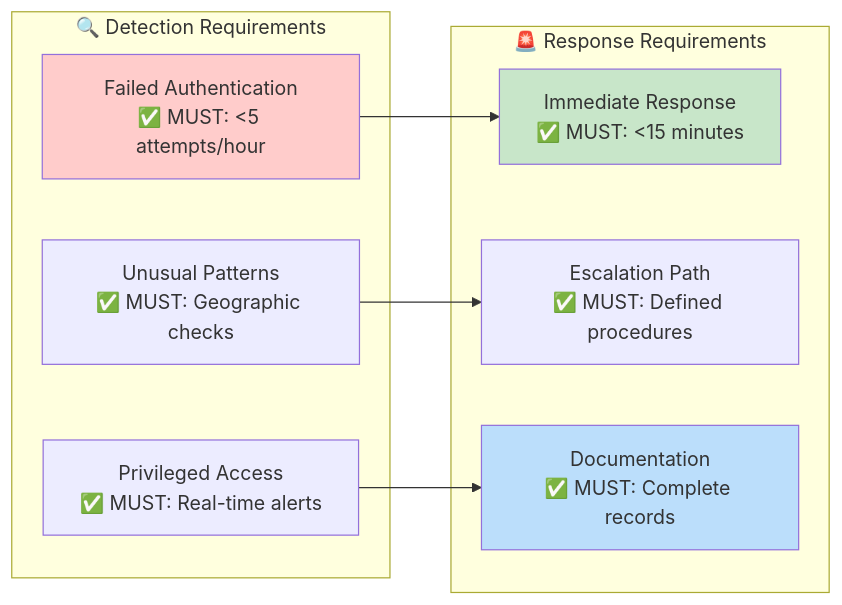
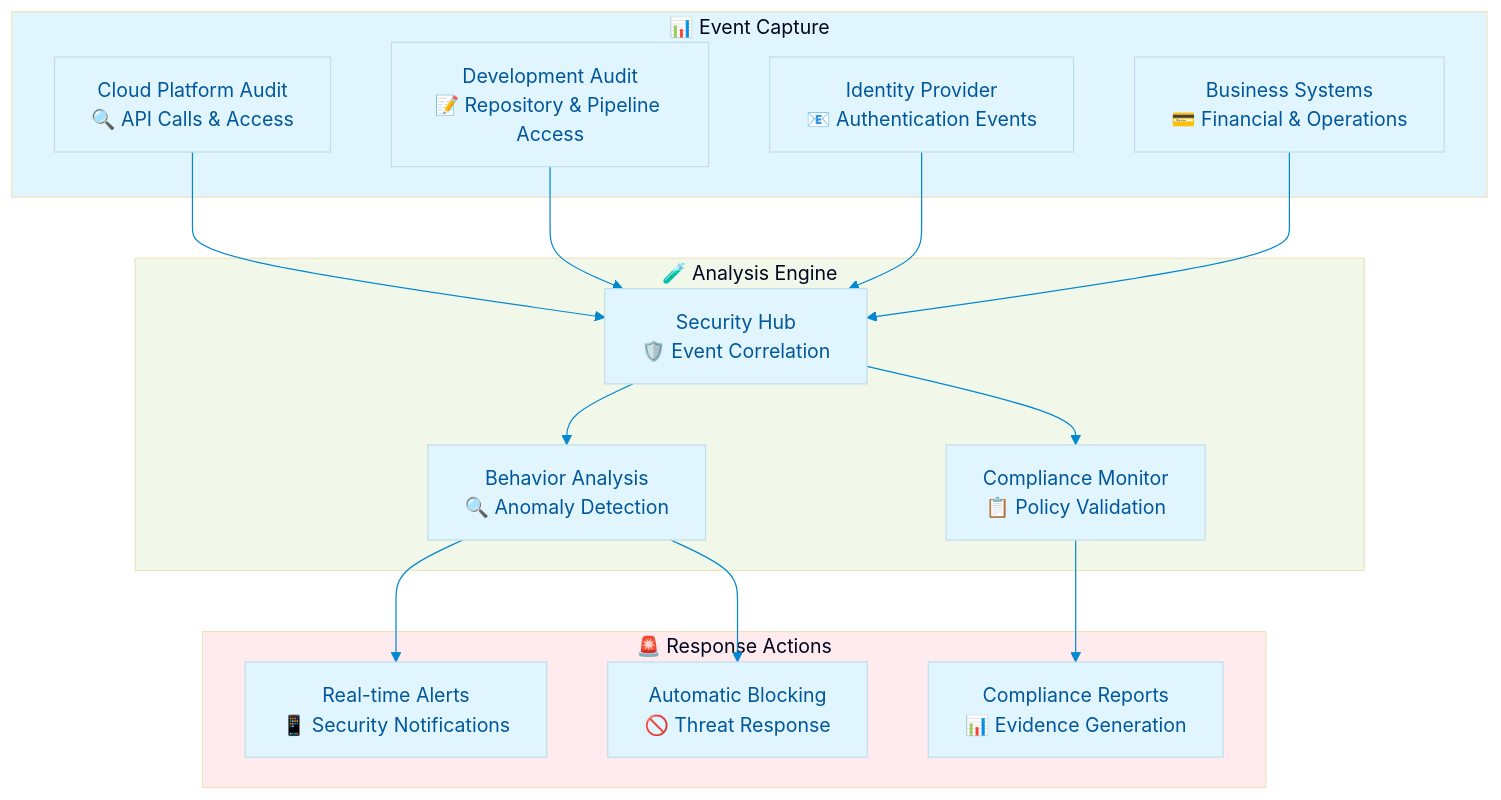
One commit to Hack23/ISMS-PUBLIC changed the fourth of 4 diagrams in Access_Control_Policy.md. Above: the diagram before and after it, drawn with Mermaid. The commit also changed other lines of this file, not shown here.

````diff
--- a/Access_Control_Policy.md
+++ b/Access_Control_Policy.md
@@ -393,22 +237,49 @@
 ```mermaid
-flowchart LR
-    subgraph "🔍 Detection Requirements"
-        FAILED[Failed Authentication<br/>✅ MUST: <5 attempts/hour]
-        ANOMALY[Unusual Patterns<br/>✅ MUST: Geographic checks]
-        PRIVILEGE[Privileged Access<br/>✅ MUST: Real-time alerts]
+%%{
+  init: {
+    'theme': 'base',
+    'themeVariables': {
+      'primaryColor': '#e1f5fe',
+      'primaryTextColor': '#01579b',
+      'lineColor': '#0288d1',
+      'secondaryColor': '#f1f8e9',
+      'tertiaryColor': '#fff8e1'
+    }
+  }
+}%%
+graph TD
+    subgraph Capture["📊 Event Capture"]
+        CLOUD_AUDIT[Cloud Platform Audit<br/>🔍 API Calls & Access]
+        DEV_AUDIT[Development Audit<br/>📝 Repository & Pipeline Access]
+        IDENTITY_LOG[Identity Provider<br/>📧 Authentication Events]
+        BUSINESS_LOG[Business Systems<br/>💳 Financial & Operations]
     end
     
-    subgraph "🚨 Response Requirements"
-        IMMEDIATE[Immediate Response<br/>✅ MUST: <15 minutes]
-        ESCALATION[Escalation Path<br/>✅ MUST: Defined procedures]
-        DOCUMENTATION[Documentation<br/>✅ MUST: Complete records]
+    subgraph Analysis["🧪 Analysis Engine"]
+        SIEM[Security Hub<br/>🛡️ Event Correlation]
+        DETECT[Behavior Analysis<br/>🔍 Anomaly Detection]
+        COMPLIANCE[Compliance Monitor<br/>📋 Policy Validation]
     end
     
-    FAILED --> IMMEDIATE
-    ANOMALY --> ESCALATION
-    PRIVILEGE --> DOCUMENTATION
+    subgraph Response["🚨 Response Actions"]
+        ALERT[Real-time Alerts<br/>📱 Security Notifications]
+        BLOCK[Automatic Blocking<br/>🚫 Threat Response]
+        REPORT[Compliance Reports<br/>📊 Evidence Generation]
+    end
     
-    style FAILED fill:#ffcccb
-    style IMMEDIATE fill:#c8e6c9
-    style DOCUMENTATION fill:#bbdefb
+    CLOUD_AUDIT --> SIEM
+    DEV_AUDIT --> SIEM
+    IDENTITY_LOG --> SIEM
+    BUSINESS_LOG --> SIEM
+    
+    SIEM --> DETECT
+    SIEM --> COMPLIANCE
+    
+    DETECT --> ALERT
+    DETECT --> BLOCK
+    COMPLIANCE --> REPORT
+    
+    style Capture fill:#e1f5fe
+    style Analysis fill:#f1f8e9
+    style Response fill:#ffebee
 ```
````
